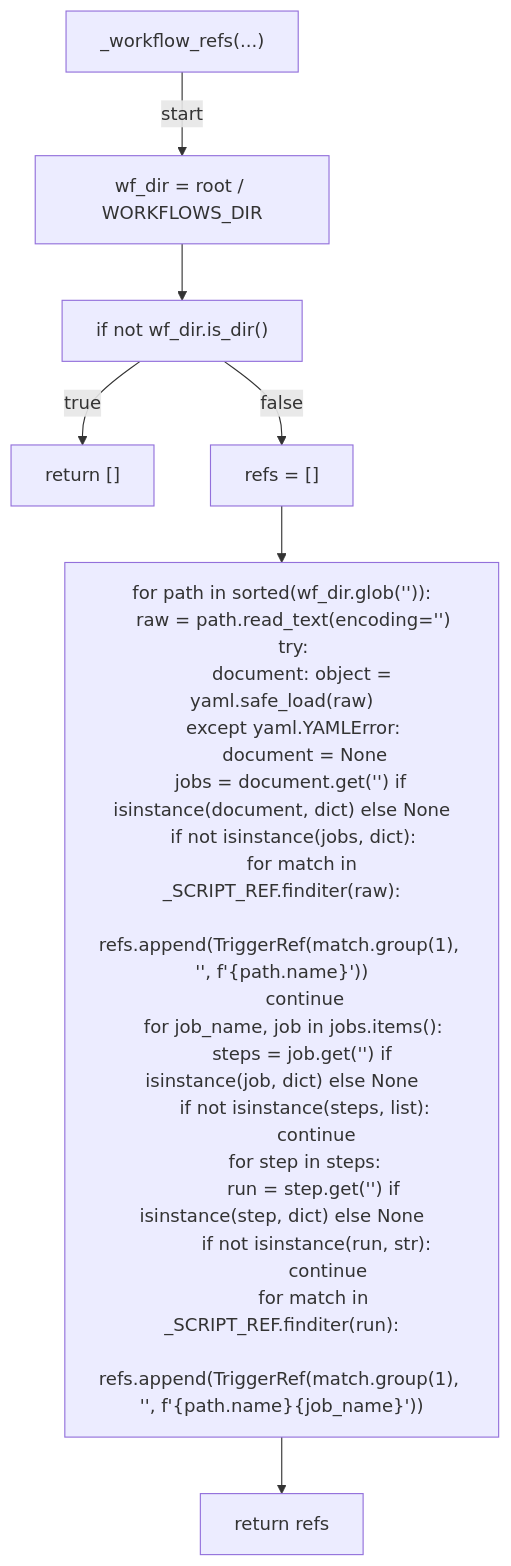
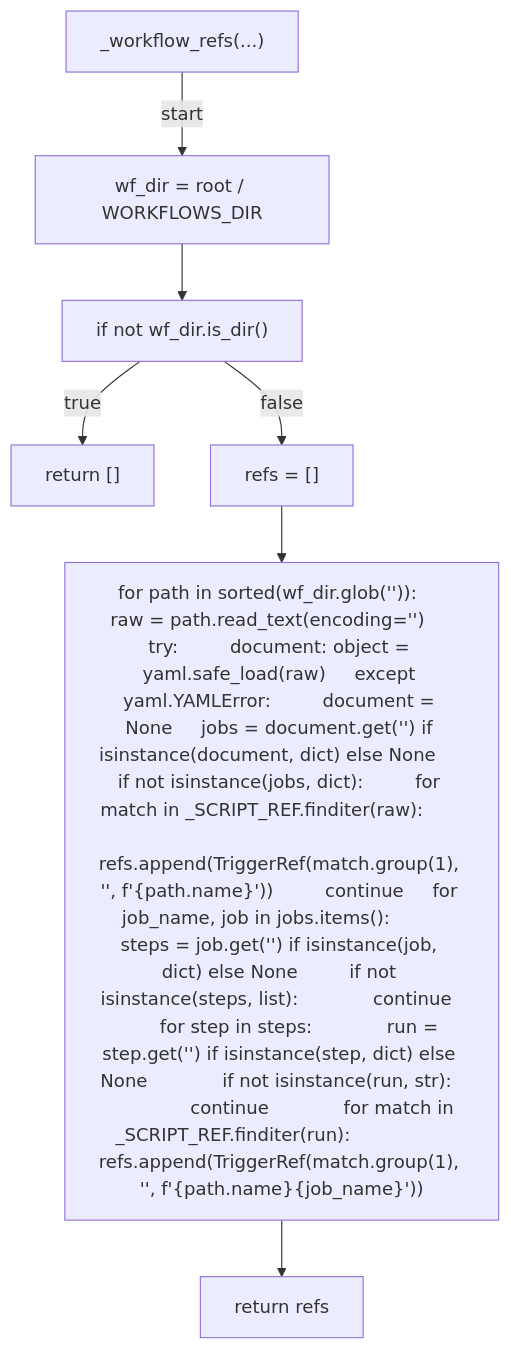
Before and after one commit to tvna/claude-md: the second of 15 diagrams in docs/generated/scripts/ast/script_trigger_map.md, drawn with Mermaid. The commit also changed other lines of this file and 23 other files, not shown here.

First line of the commit message:
docs(generated): regenerate decision tree and workflow diagrams (batch 4/5)

````diff
--- a/docs/generated/scripts/ast/script_trigger_map.md
+++ b/docs/generated/scripts/ast/script_trigger_map.md
@@ -22,36 +22,16 @@
 ```mermaid
 flowchart TD
     N001["_workflow_refs(...)"]
     N002["wf_dir = root / WORKFLOWS_DIR"]
     N003["if not wf_dir.is_dir()"]
     N004["return []"]
     N005["refs = []"]
-    N006["for path in sorted(wf_dir.glob('<str>')):
-    raw = path.read_text(encoding='<str>')
-    try:
-        document: object = yaml.safe_load(raw)
-    except yaml.YAMLError:
-        document = None
-    jobs = document.get('<str>') if isinstance(document, dict) else None
-    if not isinstance(jobs, dict):
-        for match in _SCRIPT_REF.finditer(raw):
-            refs.append(TriggerRef(match.group(1), '<str>', f'{path.name}<str>'))
-        continue
-    for job_name, job in jobs.items():
-        steps = job.get('<str>') if isinstance(job, dict) else None
-        if not isinstance(steps, list):
-            continue
-        for step in steps:
-            run = step.get('<str>') if isinstance(step, dict) else None
-            if not isinstance(run, str):
-                continue
-            for match in _SCRIPT_REF.finditer(run):
-                refs.append(TriggerRef(match.group(1), '<str>', f'{path.name}<str>{job_name}<str>'))"]
+    N006["for path in sorted(wf_dir.glob('<str>')):     raw = path.read_text(encoding='<str>')     try:         document: object = yaml.safe_load(raw)     except yaml.YAMLError:         document = None     jobs = document.get('<str>') if isinstance(document, dict) else None     if not isinstance(jobs, dict):         for match in _SCRIPT_REF.finditer(raw):             refs.append(TriggerRef(match.group(1), '<str>', f'{path.name}<str>'))         continue     for job_name, job in jobs.items():         steps = job.get('<str>') if isinstance(job, dict) else None         if not isinstance(steps, list):             continue         for step in steps:             run = step.get('<str>') if isinstance(step, dict) else None             if not isinstance(run, str):                 continue             for match in _SCRIPT_REF.finditer(run):                 refs.append(TriggerRef(match.group(1), '<str>', f'{path.name}<str>{job_name}<str>'))"]
     N007["return refs"]
     N001 -->|"start"| N002
     N002 --> N003
     N003 -->|"true"| N004
     N003 -->|"false"| N005
     N005 --> N006
     N006 --> N007
 ```
````
